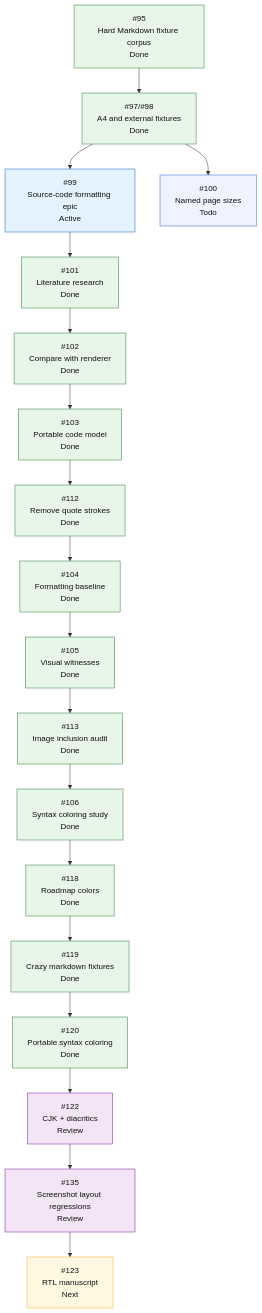
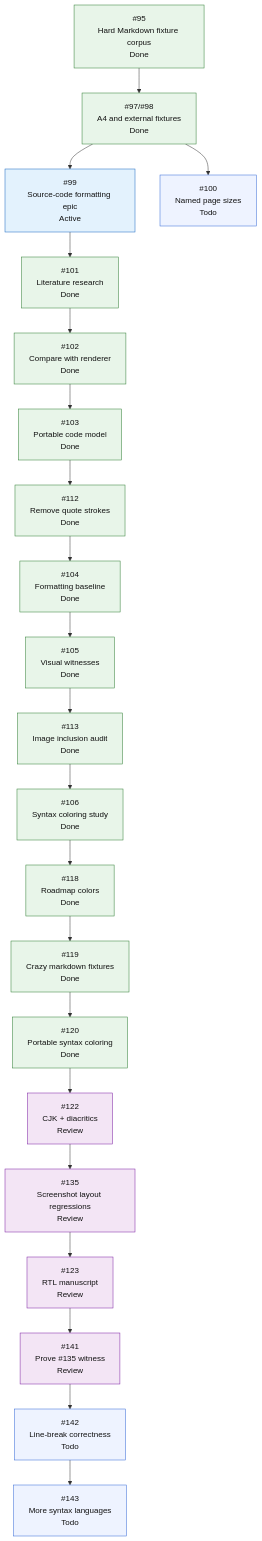
Before and after one commit to mihaelamj/MarkdownPDF: the fifth of 5 diagrams in README.md, drawn with Mermaid. The commit also changed other lines of this file, not shown here.

Commit message:
docs: update source-code roadmap status

````diff
--- a/README.md
+++ b/README.md
@@ -445,38 +451,40 @@
 ```mermaid
 flowchart TD
     H0["#95<br/>Hard Markdown fixture corpus<br/>Done"]
     H1["#97/#98<br/>A4 and external fixtures<br/>Done"]
     H2["#99<br/>Source-code formatting epic<br/>Active"]
     H2A["#101<br/>Literature research<br/>Done"]
     H2B["#102<br/>Compare with renderer<br/>Done"]
     H2C["#103<br/>Portable code model<br/>Done"]
     H2D["#112<br/>Remove quote strokes<br/>Done"]
     H2E["#104<br/>Formatting baseline<br/>Done"]
     H2F["#105<br/>Visual witnesses<br/>Done"]
     H2G["#113<br/>Image inclusion audit<br/>Done"]
     H2H["#106<br/>Syntax coloring study<br/>Done"]
     H2I["#118<br/>Roadmap colors<br/>Done"]
     H2J["#119<br/>Crazy markdown fixtures<br/>Done"]
     H2K["#120<br/>Portable syntax coloring<br/>Done"]
     H2L["#122<br/>CJK + diacritics<br/>Review"]
     H2M["#135<br/>Screenshot layout regressions<br/>Review"]
-    H2N["#123<br/>RTL manuscript<br/>Next"]
+    H2N["#123<br/>RTL manuscript<br/>Review"]
+    H2O["#141<br/>Prove #135 witness<br/>Review"]
+    H2P["#142<br/>Line-break correctness<br/>Todo"]
+    H2Q["#143<br/>More syntax languages<br/>Todo"]
     H3["#100<br/>Named page sizes<br/>Todo"]
 
     H0 --> H1
     H1 --> H2
-    H2 --> H2A --> H2B --> H2C --> H2D --> H2E --> H2F --> H2G --> H2H --> H2I --> H2J --> H2K --> H2L --> H2M --> H2N
+    H2 --> H2A --> H2B --> H2C --> H2D --> H2E --> H2F --> H2G --> H2H --> H2I --> H2J --> H2K --> H2L --> H2M --> H2N --> H2O --> H2P --> H2Q
     H1 --> H3
 
     classDef done fill:#e8f5e9,stroke:#2e7d32,color:#111;
     classDef active fill:#e3f2fd,stroke:#1565c0,color:#111;
     classDef review fill:#f3e5f5,stroke:#7b1fa2,color:#111;
     classDef next fill:#fff8e1,stroke:#f9a825,color:#111;
     classDef todo fill:#eef3ff,stroke:#3367d6,color:#111;
     class H0,H1 done;
     class H2 active;
     class H2A,H2B,H2C,H2D,H2E,H2F,H2G,H2H,H2I,H2J,H2K done;
-    class H2L,H2M review;
-    class H2N next;
-    class H3 todo;
+    class H2L,H2M,H2N,H2O review;
+    class H2P,H2Q,H3 todo;
 ```
````
